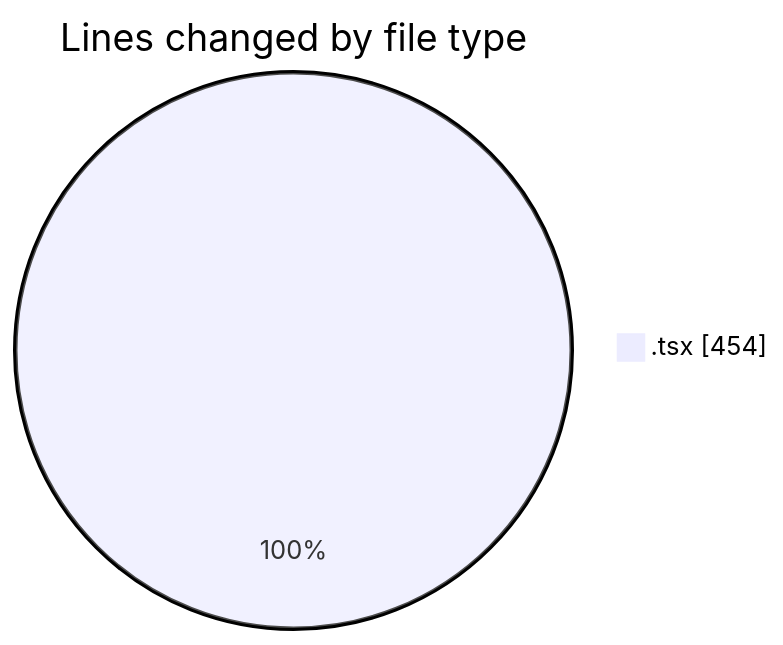
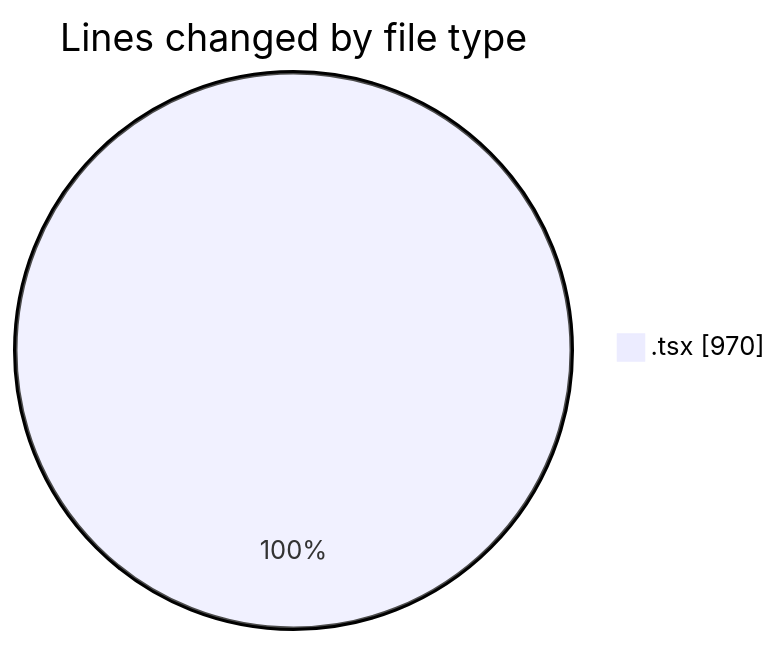
Before and after one commit to robertbonfada/code-tracking: the first of 2 diagrams in 2025-03-10/mbc-web/README.md, drawn with Mermaid. The commit also changed other lines of this file and 1 other file, not shown here.

````diff
--- a/2025-03-10/mbc-web/README.md
+++ b/2025-03-10/mbc-web/README.md
@@ -28,5 +28,5 @@
 ```mermaid
 pie showData
 title Lines changed by file type
-".tsx" : 454
+".tsx" : 970
 ```
````
